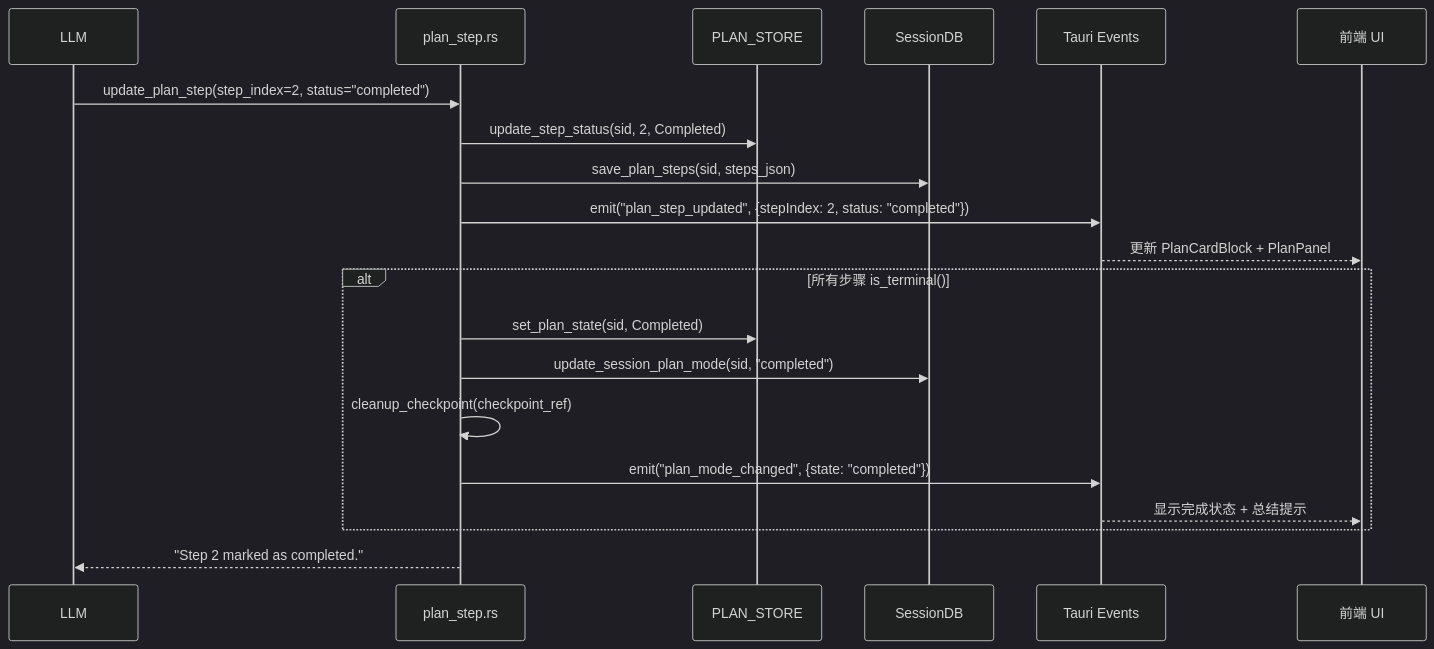
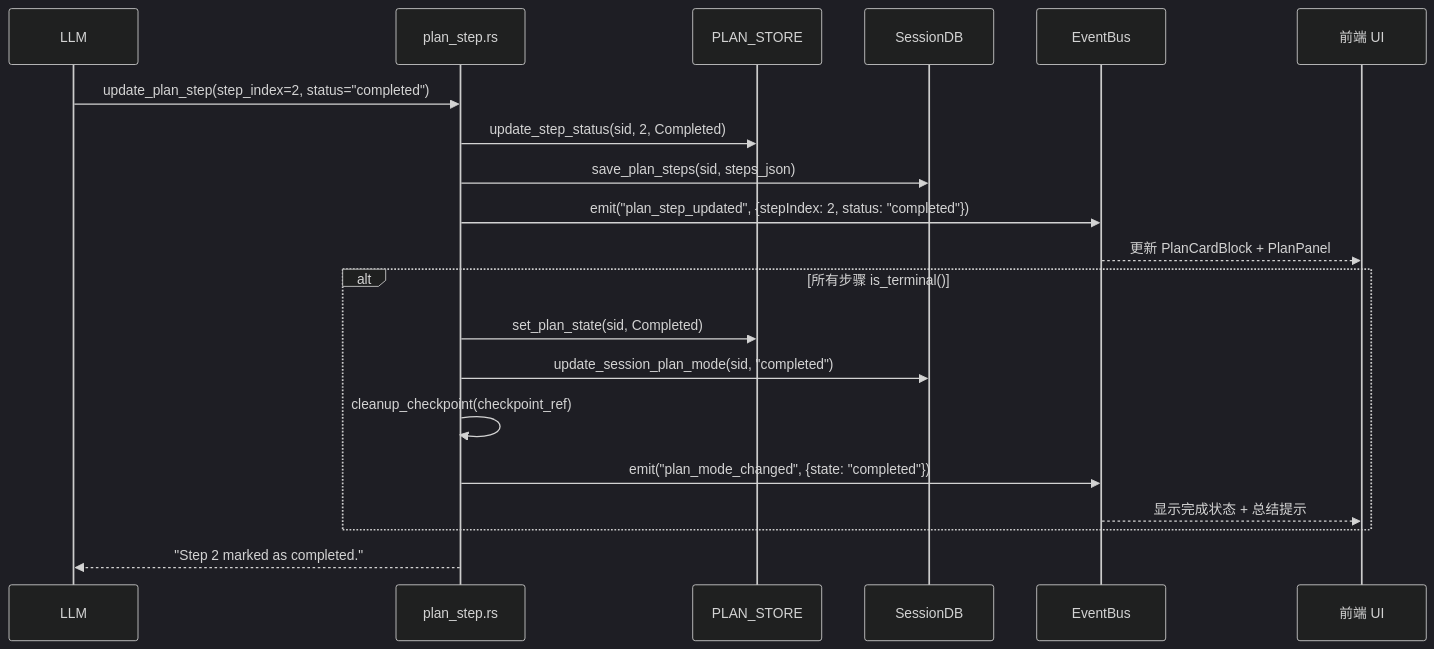
One commit to shiwenwen/hope-agent changed the fifth of 10 diagrams in docs/architecture/plan-mode.md. Above: the diagram before and after it, drawn with Mermaid (dark theme). The commit also changed other lines of this file and 21 other files, not shown here.

````diff
--- a/docs/architecture/plan-mode.md
+++ b/docs/architecture/plan-mode.md
@@ -547,25 +547,25 @@
 ```mermaid
 sequenceDiagram
     participant LLM
     participant Tool as plan_step.rs
     participant Store as PLAN_STORE
     participant DB as SessionDB
-    participant Tauri as Tauri Events
+    participant EventBus as EventBus
     participant UI as 前端 UI
 
     LLM->>Tool: update_plan_step(step_index=2, status="completed")
     Tool->>Store: update_step_status(sid, 2, Completed)
     Tool->>DB: save_plan_steps(sid, steps_json)
-    Tool->>Tauri: emit("plan_step_updated", {stepIndex: 2, status: "completed"})
-    Tauri-->>UI: 更新 PlanCardBlock + PlanPanel
+    Tool->>EventBus: emit("plan_step_updated", {stepIndex: 2, status: "completed"})
+    EventBus-->>UI: 更新 PlanCardBlock + PlanPanel
 
     alt 所有步骤 is_terminal()
         Tool->>Store: set_plan_state(sid, Completed)
         Tool->>DB: update_session_plan_mode(sid, "completed")
         Tool->>Tool: cleanup_checkpoint(checkpoint_ref)
-        Tool->>Tauri: emit("plan_mode_changed", {state: "completed"})
-        Tauri-->>UI: 显示完成状态 + 总结提示
+        Tool->>EventBus: emit("plan_mode_changed", {state: "completed"})
+        EventBus-->>UI: 显示完成状态 + 总结提示
     end
 
     Tool-->>LLM: "Step 2 marked as completed."
 ```
````
